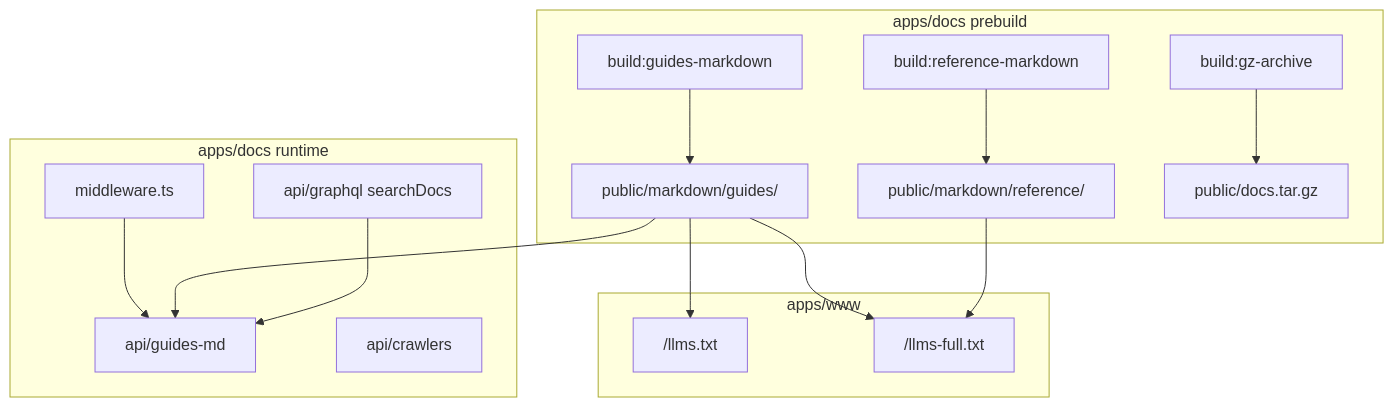
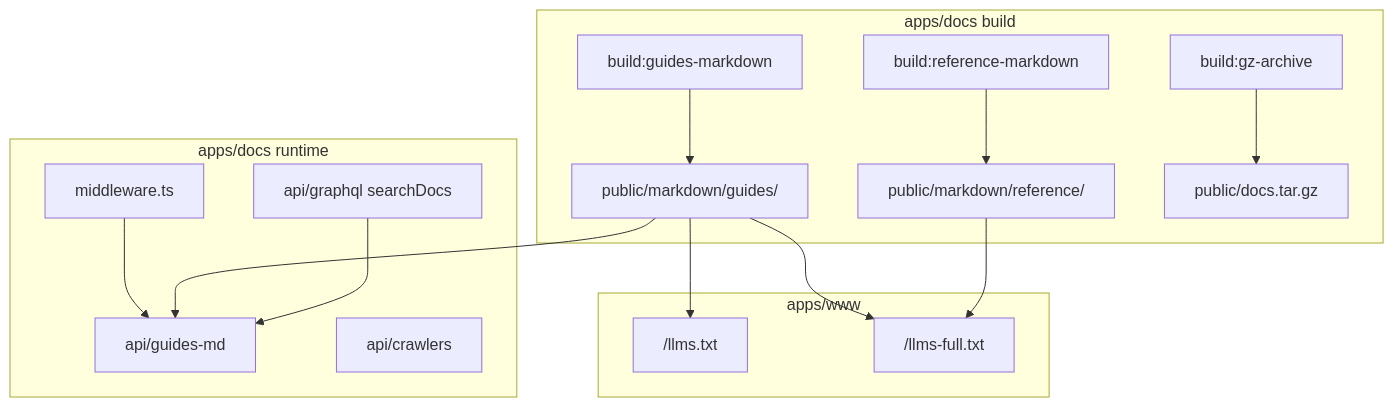
Before and after one commit to gabrielmoreira/agent-skills-mirror: the first of 2 diagrams in mirrors/repos/supabase@supabase/.agents/skills/ask-the-docs/reference/llm-agent-surface.md, drawn with Mermaid. The commit also changed other lines of this file and 4037 other files, not shown here.

````diff
--- a/mirrors/repos/supabase@supabase/.agents/skills/ask-the-docs/reference/llm-agent-surface.md
+++ b/mirrors/repos/supabase@supabase/.agents/skills/ask-the-docs/reference/llm-agent-surface.md
@@ -38,30 +38,30 @@
 ```mermaid
 flowchart TB
-  subgraph docsApp ["apps/docs prebuild"]
+  subgraph docsApp ["apps/docs build"]
     GM["build:guides-markdown"]
     RM["build:reference-markdown"]
     GZ["build:gz-archive"]
     GM --> outGuides["public/markdown/guides/"]
     RM --> outRef["public/markdown/reference/"]
     GZ --> tarball["public/docs.tar.gz"]
   end
 
   subgraph docsServe ["apps/docs runtime"]
     mw["middleware.ts"]
     guidesMd["api/guides-md"]
     crawlers["api/crawlers"]
     gql["api/graphql searchDocs"]
     mw --> guidesMd
   end
 
   subgraph wwwApp ["apps/www"]
     llmsTxt["/llms.txt"]
     llmsFull["/llms-full.txt"]
   end
 
   outGuides --> guidesMd
   outGuides --> llmsFull
   outRef --> llmsFull
   outGuides --> llmsTxt
   gql --> guidesMd
 ```
````
